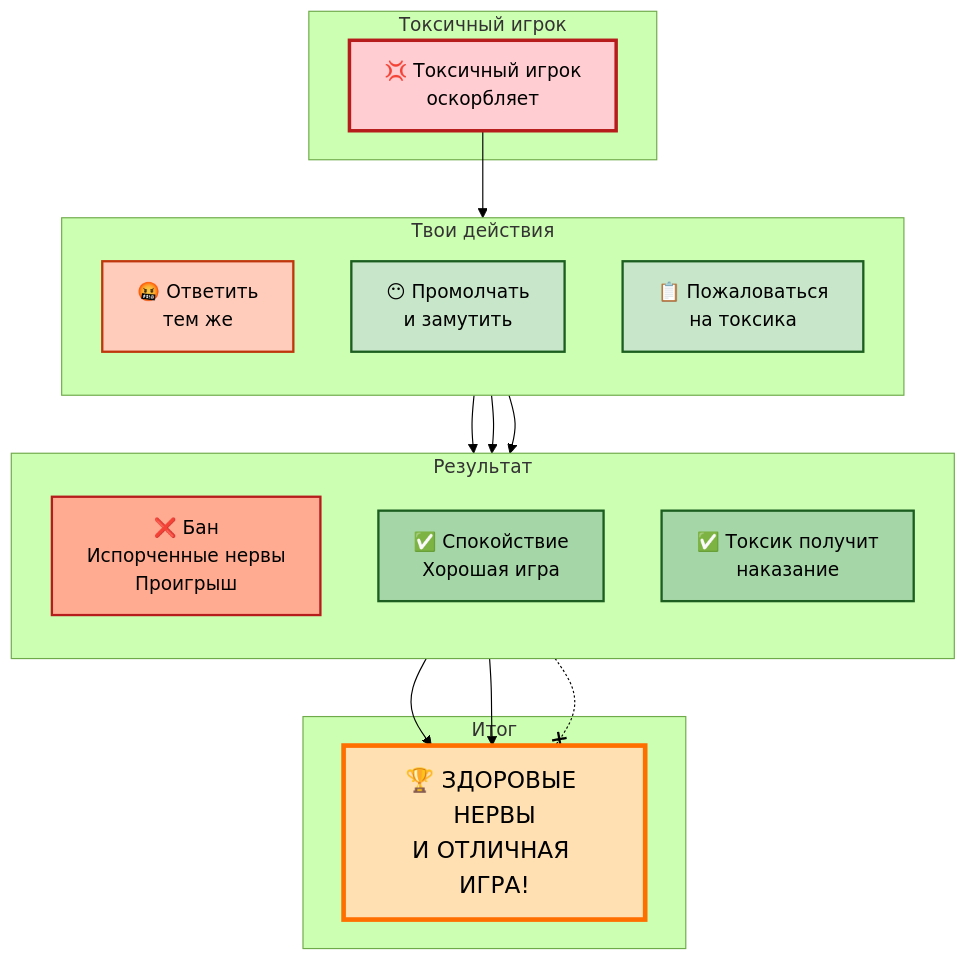
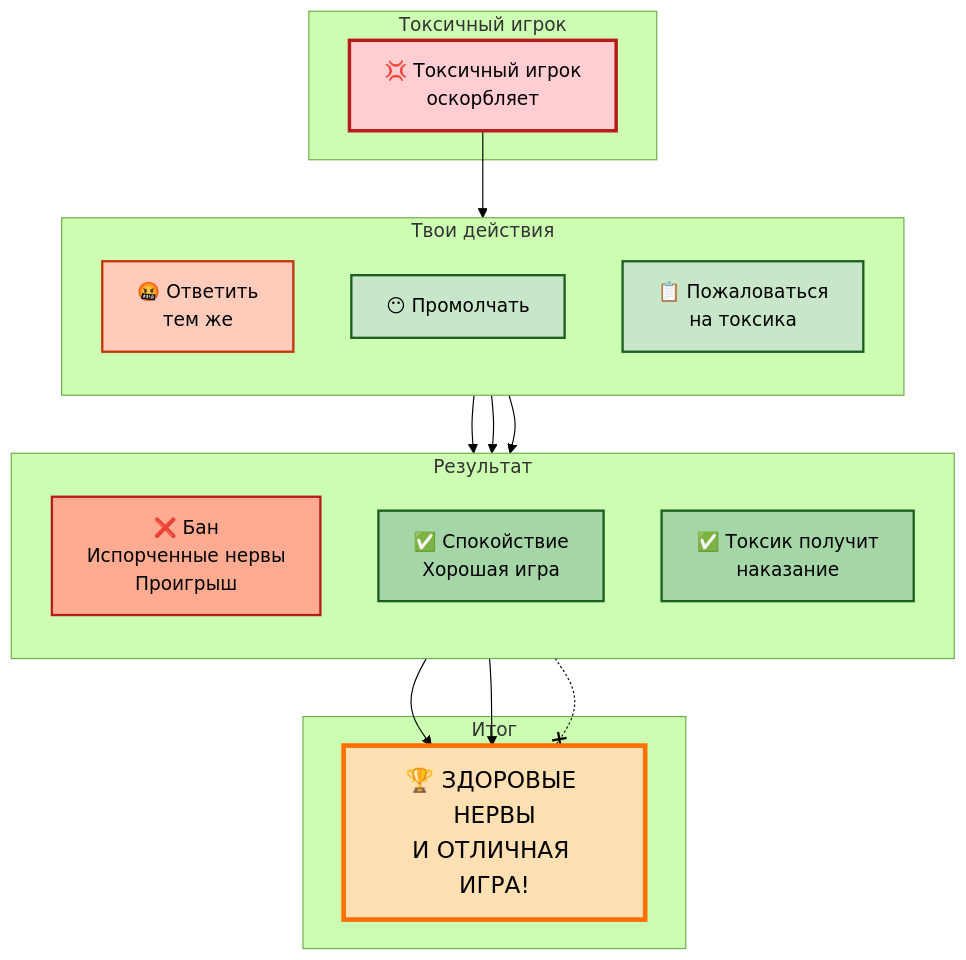
The diagram in toxic_players.md (Alishka0311/gaming_health_project), drawn with Mermaid (forest theme) before and after one commit.

````diff
--- a/toxic_players.md
+++ b/toxic_players.md
@@ -121,40 +121,40 @@
 ```mermaid
 flowchart TD
     subgraph Attack [Токсичный игрок]
         T[💢 Токсичный игрок<br>оскорбляет]
     end
     
     subgraph Options [Твои действия]
         direction TB
         R1[🤬 Ответить<br>тем же]
-        R2[😶 Промолчать<br>и замутить]
+        R2[😶 Промолчать]
         R4[📋 Пожаловаться<br>на токсика]
     end
     
     subgraph Results [Результат]
         direction TB
         Res1[❌ Бан<br>Испорченные нервы<br>Проигрыш]
         Res2[✅ Спокойствие<br>Хорошая игра]
         Res4[✅ Токсик получит<br>наказание]
     end
     
     subgraph Final [Итог]
         F[🏆 ЗДОРОВЫЕ НЕРВЫ<br>И ОТЛИЧНАЯ ИГРА!]
     end
     
     T --> Options
     R1 --> Res1
     R2 --> Res2
     R4 --> Res4
     Res2 & Res4 --> F
     Res1 -.-x F
     
     style T fill:#ffcdd2,stroke:#b71c1c,stroke-width:3px
     style R1 fill:#ffccbc,stroke:#bf360c,stroke-width:2px
     style R2 fill:#c8e6c9,stroke:#1b5e20,stroke-width:2px
     style R4 fill:#c8e6c9,stroke:#1b5e20,stroke-width:2px
     style Res1 fill:#ffab91,stroke:#b71c1c,stroke-width:2px
     style Res2 fill:#a5d6a7,stroke:#1b5e20,stroke-width:2px
     style Res4 fill:#a5d6a7,stroke:#1b5e20,stroke-width:2px
     style F fill:#ffe0b2,stroke:#ff6f00,stroke-width:4px,font-size:20px
 ```
````
